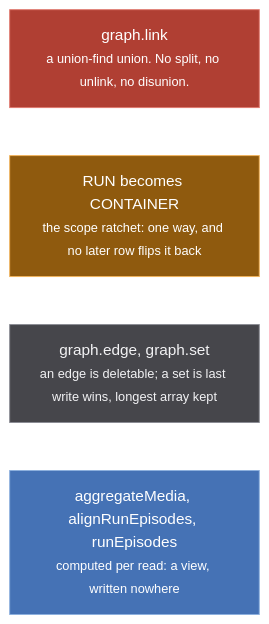
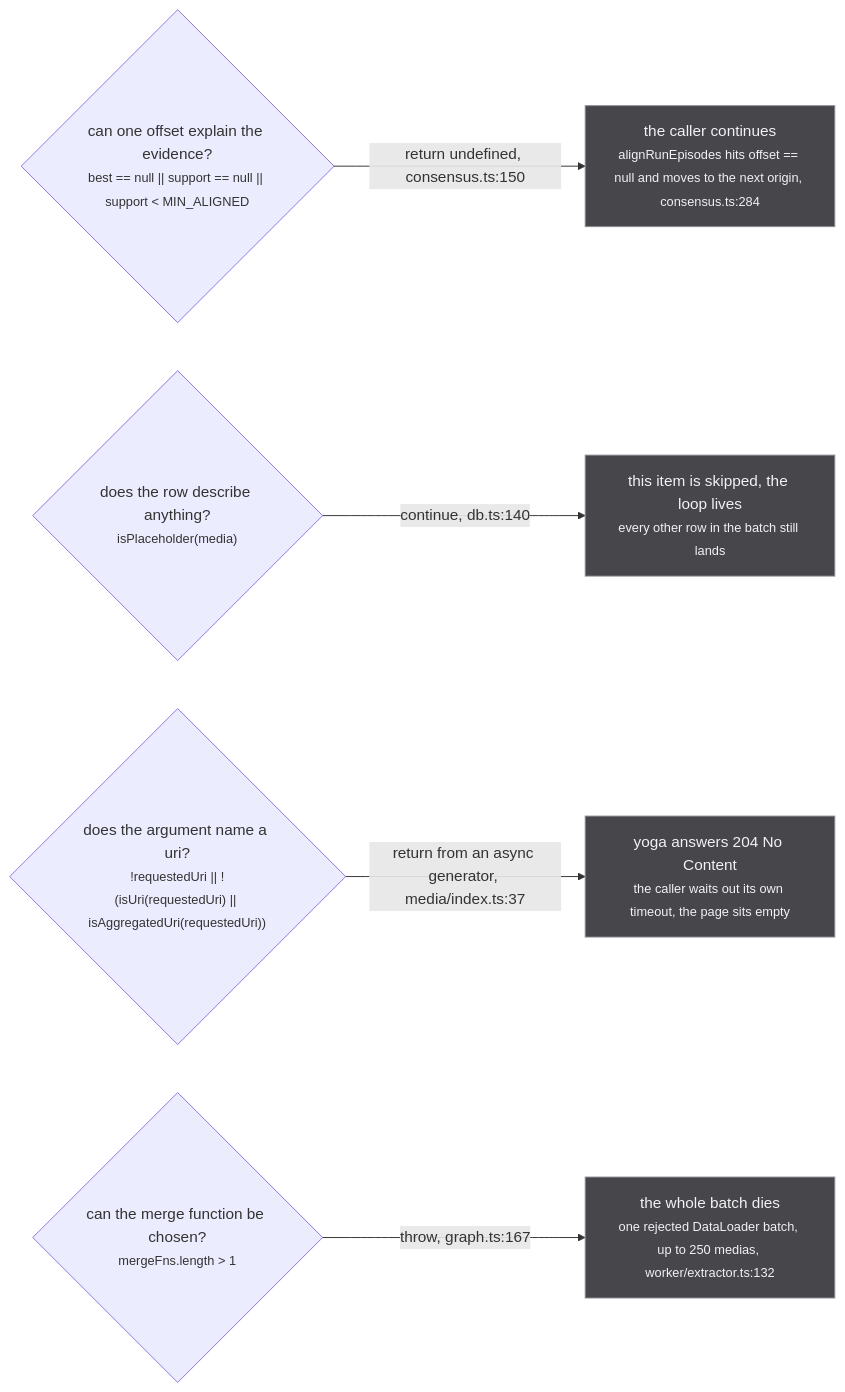
One commit to Banou26/stub changed the third of 3 diagrams in docs/src/content/docs/index.md. Above: the diagram before and after it, drawn with Mermaid. The commit also changed other lines of this file and 11 other files, not shown here.

````diff
--- a/docs/src/content/docs/index.md
+++ b/docs/src/content/docs/index.md
@@ -353,17 +91,12 @@
 ```mermaid
 flowchart LR
+  D1{"can one offset explain the evidence?<br/><small>best == null || support == null || support &lt; MIN_ALIGNED</small>"} -->|"return undefined, consensus.ts:150"| U["the caller continues<br/><small>alignRunEpisodes hits offset == null and moves to the next origin, consensus.ts:284</small>"]
+  D2{"does the row describe anything?<br/><small>isPlaceholder(media)</small>"} -->|"continue, db.ts:140"| C["this item is skipped, the loop lives<br/><small>every other row in the batch still lands</small>"]
+  D3{"does the argument name a uri?<br/><small>!requestedUri || !(isUri(requestedUri) || isAggregatedUri(requestedUri))</small>"} -->|"return from an async generator, media/index.ts:37"| G["yoga answers 204 No Content<br/><small>the caller waits out its own timeout, the page sits empty</small>"]
+  D4{"can the merge function be chosen?<br/><small>mergeFns.length &gt; 1</small>"} -->|"throw, graph.ts:167"| T["the whole batch dies<br/><small>one rejected DataLoader batch, up to 250 medias, worker/extractor.ts:132</small>"]
   classDef irrev fill:#b03f33,stroke:#e0796f,color:#ffffff
   classDef ratchet fill:#8f5a0e,stroke:#f2b45c,color:#ffffff
   classDef view fill:#4572b5,stroke:#8db0de,color:#ffffff
   classDef refuse fill:#46464b,stroke:#8b8c93,color:#f2f2f4
-
-  L1["graph.link<br/><small>a union-find union. No split, no unlink, no disunion.</small>"]
-  L2["RUN becomes CONTAINER<br/><small>the scope ratchet: one way, and no later row flips it back</small>"]
-  L3["graph.edge, graph.set<br/><small>an edge is deletable; a set is last write wins, longest array kept</small>"]
-  L4["aggregateMedia, alignRunEpisodes, runEpisodes<br/><small>computed per read: a view, written nowhere</small>"]
-
-  class L1 irrev
-  class L2 ratchet
-  class L3 refuse
-  class L4 view
+  class U,C,G,T refuse
 ```
````
